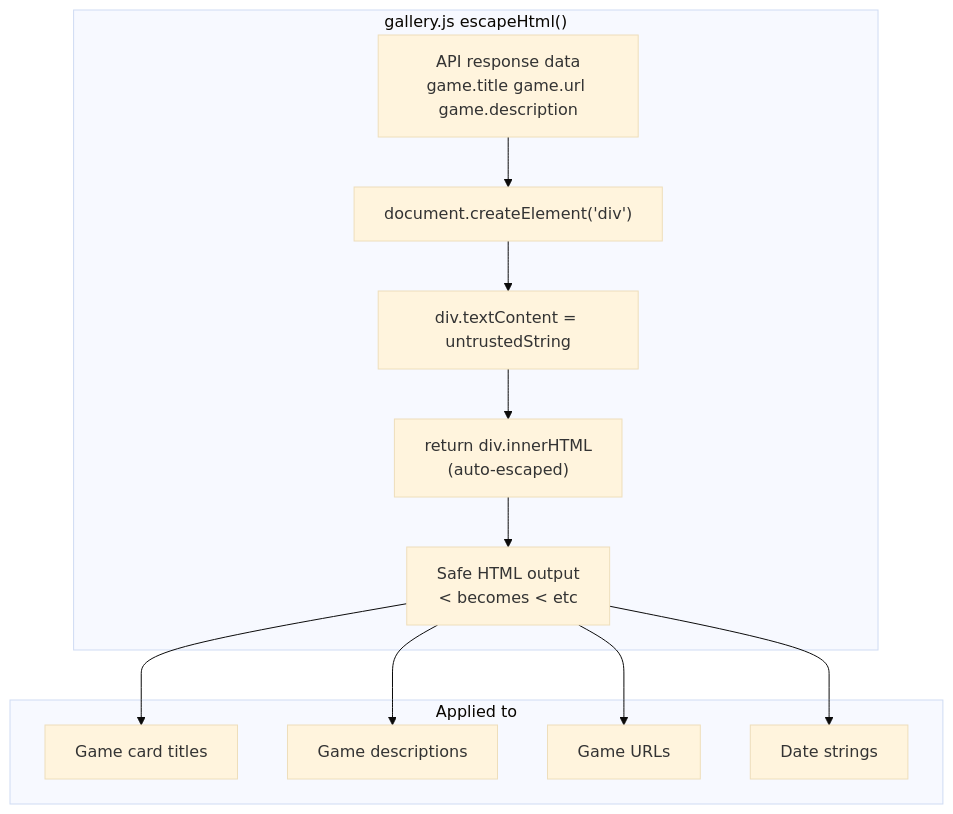
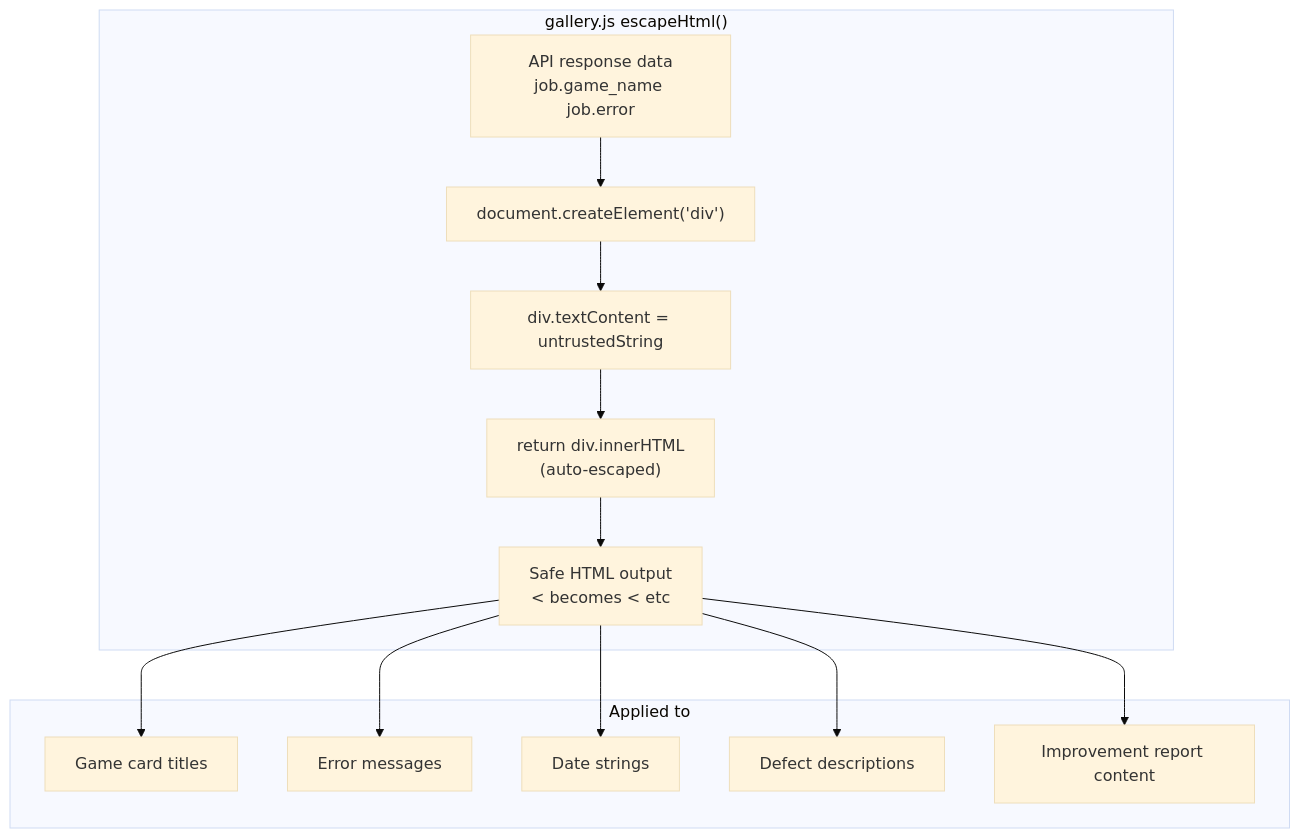
Before and after one commit to J-Gierend/gamePocGen: the third of 9 diagrams in AI/document/11-security.md, drawn with Mermaid (base theme). The commit also changed other lines of this file and 5 other files, not shown here.

````diff
--- a/AI/document/11-security.md
+++ b/AI/document/11-security.md
@@ -75,21 +77,23 @@
 ```mermaid
 graph TD
     subgraph "gallery.js escapeHtml()"
-        INPUT["API response data<br/>game.title game.url game.description"] --> CREATE["document.createElement('div')"]
+        INPUT["API response data\njob.game_name job.error"] --> CREATE["document.createElement('div')"]
         CREATE --> SET["div.textContent = untrustedString"]
-        SET --> READ["return div.innerHTML<br/>(auto-escaped)"]
-        READ --> SAFE["Safe HTML output<br/>< becomes &lt; etc"]
+        SET --> READ["return div.innerHTML\n(auto-escaped)"]
+        READ --> SAFE["Safe HTML output\n< becomes &lt; etc"]
     end
 
     subgraph "Applied to"
         CARD_TITLE["Game card titles"]
-        CARD_DESC["Game descriptions"]
-        CARD_URL["Game URLs"]
+        CARD_ERR["Error messages"]
         CARD_DATE["Date strings"]
+        CARD_DEFECTS["Defect descriptions"]
+        CARD_IMP["Improvement report content"]
     end
 
     SAFE --> CARD_TITLE
-    SAFE --> CARD_DESC
-    SAFE --> CARD_URL
+    SAFE --> CARD_ERR
     SAFE --> CARD_DATE
+    SAFE --> CARD_DEFECTS
+    SAFE --> CARD_IMP
 ```
````
